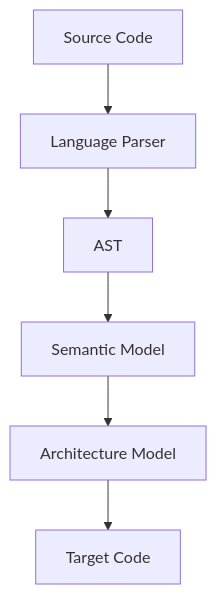
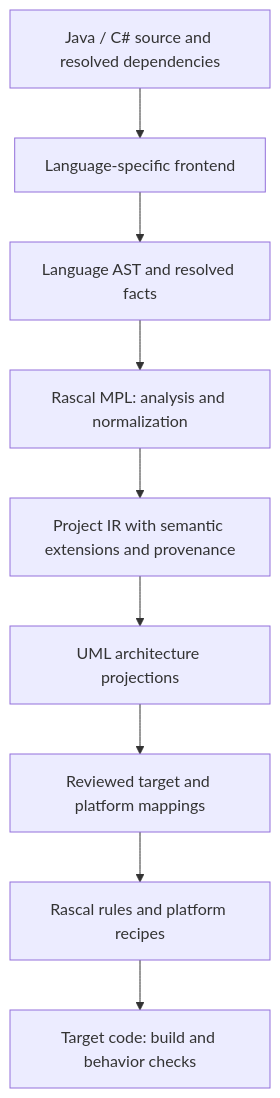
Before and after one commit to sdk2035/jfxlegacy2modern: diagram 13 of 33 in README.md, drawn with Mermaid. The commit also changed other lines of this file and 1 other file, not shown here.

Commit message:
docs: define Rascal MPL AST and semantic normalization for UML transition

````diff
--- a/README.md
+++ b/README.md
@@ -521,14 +523,11 @@
 ```mermaid
 flowchart TB
-    n0["Source Code"]
-    n1["Language Parser"]
-    n2["AST"]
-    n3["Semantic Model"]
-    n4["Architecture Model"]
-    n5["Target Code"]
-    n0 --> n1
-    n1 --> n2
-    n2 --> n3
-    n3 --> n4
-    n4 --> n5
+    source["Java / C# source and resolved dependencies"] --> adapter["Language-specific frontend"]
+    adapter --> ast["Language AST and resolved facts"]
+    ast --> rascal["Rascal MPL: analysis and normalization"]
+    rascal --> ir["Project IR with semantic extensions and provenance"]
+    ir --> uml["UML architecture projections"]
+    uml --> review["Reviewed target and platform mappings"]
+    review --> transformation["Rascal rules and platform recipes"]
+    transformation --> target["Target code: build and behavior checks"]
 ```
````
